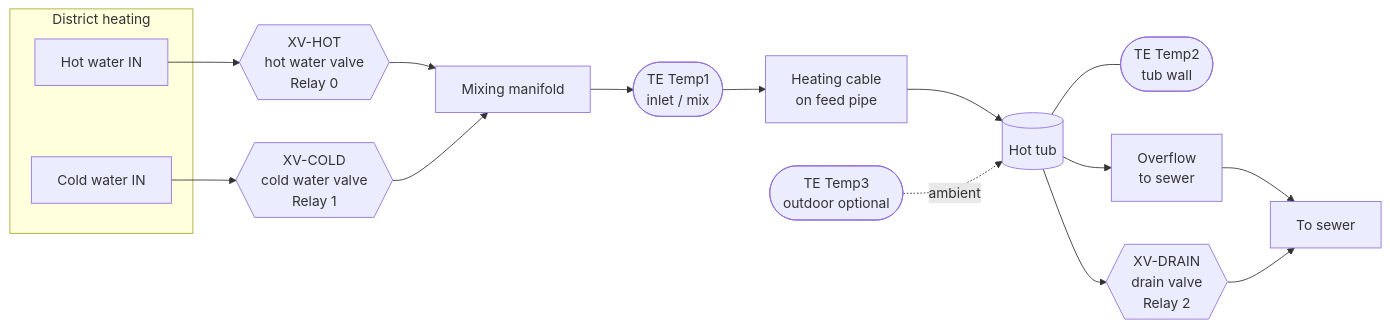
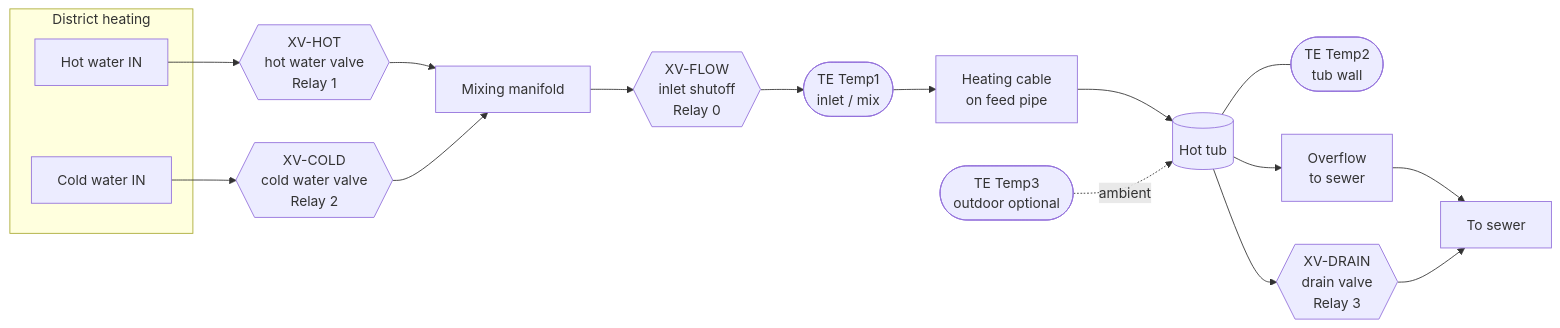
The first of 5 diagrams in doc/diagrams.md (raspipcb/oddurboga-cm5-rp2350), drawn with Mermaid before and after one commit. The commit also changed other lines of this file and 12 other files, not shown here.

````diff
--- a/doc/diagrams.md
+++ b/doc/diagrams.md
@@ -22,27 +21,28 @@
 ```mermaid
 flowchart LR
   subgraph SUPPLY["District heating"]
     HOT["Hot water IN"]
     COLD["Cold water IN"]
   end
 
+  VF{{"XV-FLOW<br/>inlet shutoff<br/>Relay 0"}}
   T1(["TE Temp1<br/>inlet / mix"])
-  VH{{"XV-HOT<br/>hot water valve<br/>Relay 0"}}
-  VC{{"XV-COLD<br/>cold water valve<br/>Relay 1"}}
+  VH{{"XV-HOT<br/>hot water valve<br/>Relay 1"}}
+  VC{{"XV-COLD<br/>cold water valve<br/>Relay 2"}}
   MIX["Mixing manifold"]
   HC["Heating cable<br/>on feed pipe"]
   TUB[("Hot tub")]
   T2(["TE Temp2<br/>tub wall"])
   OF["Overflow<br/>to sewer"]
-  DRAIN{{"XV-DRAIN<br/>drain valve<br/>Relay 2"}}
+  DRAIN{{"XV-DRAIN<br/>drain valve<br/>Relay 3"}}
   SEWER["To sewer"]
   T3(["TE Temp3<br/>outdoor optional"])
 
   HOT --> VH --> MIX
   COLD --> VC --> MIX
-  MIX --> T1 --> HC --> TUB
+  MIX --> VF --> T1 --> HC --> TUB
   TUB --- T2
   TUB --> OF --> SEWER
   TUB --> DRAIN --> SEWER
   T3 -.->|"ambient"| TUB
 ```
````
